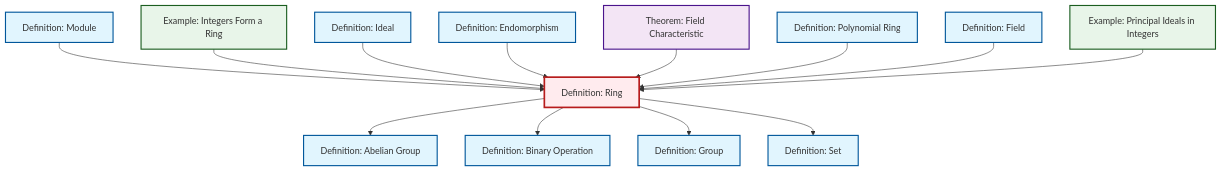
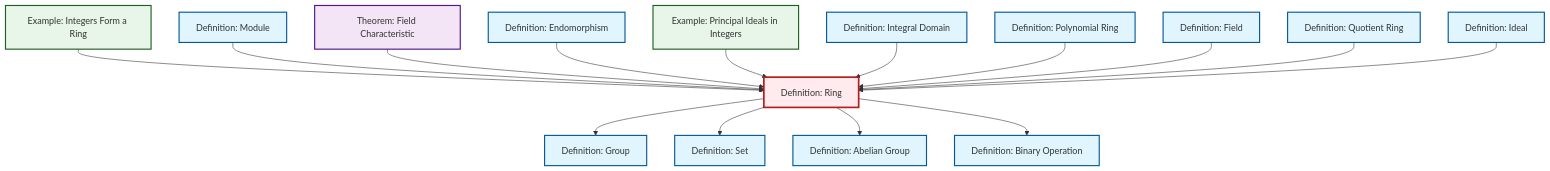
One commit to RK0429/ModernMath changed the diagram in content/ja/algebra/def-ring.qmd. Above: the diagram before and after it, drawn with Mermaid. The commit also changed other lines of this file and 597 other files, not shown here.

````diff
--- a/content/ja/algebra/def-ring.qmd
+++ b/content/ja/algebra/def-ring.qmd
@@ -62,47 +62,53 @@
 ```{mermaid}
 %%| fig-cap: "Local dependency graph"
 graph TD
     classDef definition fill:#e1f5fe,stroke:#01579b,stroke-width:2px
     classDef theorem fill:#f3e5f5,stroke:#4a148c,stroke-width:2px
     classDef axiom fill:#fff3e0,stroke:#e65100,stroke-width:2px
     classDef example fill:#e8f5e9,stroke:#1b5e20,stroke-width:2px
     classDef current fill:#ffebee,stroke:#b71c1c,stroke-width:3px
-    def-module["Definition: Module"]:::definition
-    def-binary-operation["Definition: Binary Operation"]:::definition
-    def-ring["Definition: Ring"]:::definition
+    def-integral-domain["Definition: Integral Domain"]:::definition
     thm-field-characteristic["Theorem: Field Characteristic"]:::theorem
     def-polynomial-ring["Definition: Polynomial Ring"]:::definition
     def-ideal["Definition: Ideal"]:::definition
+    def-module["Definition: Module"]:::definition
+    ex-principal-ideal["Example: Principal Ideals in Integers"]:::example
+    def-quotient-ring["Definition: Quotient Ring"]:::definition
+    def-set["Definition: Set"]:::definition
+    def-endomorphism["Definition: Endomorphism"]:::definition
+    def-ring["Definition: Ring"]:::definition
+    def-field["Definition: Field"]:::definition
     def-abelian-group["Definition: Abelian Group"]:::definition
-    def-endomorphism["Definition: Endomorphism"]:::definition
-    ex-principal-ideal["Example: Principal Ideals in Integers"]:::example
+    ex-integers-ring["Example: Integers Form a Ring"]:::example
     def-group["Definition: Group"]:::definition
-    def-set["Definition: Set"]:::definition
-    ex-integers-ring["Example: Integers Form a Ring"]:::example
-    def-field["Definition: Field"]:::definition
+    def-binary-operation["Definition: Binary Operation"]:::definition
+    def-ring --> def-group
+    ex-integers-ring --> def-ring
+    def-module --> def-ring
+    def-ring --> def-set
+    thm-field-characteristic --> def-ring
+    def-endomorphism --> def-ring
+    ex-principal-ideal --> def-ring
     def-ring --> def-abelian-group
-    def-module --> def-ring
-    ex-integers-ring --> def-ring
+    def-ring --> def-binary-operation
+    def-integral-domain --> def-ring
+    def-polynomial-ring --> def-ring
+    def-field --> def-ring
+    def-quotient-ring --> def-ring
     def-ideal --> def-ring
-    def-endomorphism --> def-ring
-    thm-field-characteristic --> def-ring
-    def-polynomial-ring --> def-ring
-    def-ring --> def-binary-operation
-    def-field --> def-ring
-    def-ring --> def-group
-    ex-principal-ideal --> def-ring
-    def-ring --> def-set
     class def-ring current
-    click def-module "def-module.html" "Definition: Moduleへ"
-    click def-binary-operation "def-binary-operation.html" "Definition: Binary Operationへ"
+    click def-integral-domain "def-integral-domain.html" "Definition: Integral Domainへ"
     click thm-field-characteristic "thm-field-characteristic.html" "Theorem: Field Characteristicへ"
     click def-polynomial-ring "def-polynomial-ring.html" "Definition: Polynomial Ringへ"
     click def-ideal "def-ideal.html" "Definition: Idealへ"
+    click def-module "def-module.html" "Definition: Moduleへ"
+    click ex-principal-ideal "ex-principal-ideal.html" "Example: Principal Ideals in Integersへ"
+    click def-quotient-ring "def-quotient-ring.html" "Definition: Quotient Ringへ"
+    click def-set "def-set.html" "Definition: Setへ"
+    click def-endomorphism "def-endomorphism.html" "Definition: Endomorphismへ"
+    click def-field "def-field.html" "Definition: Fieldへ"
     click def-abelian-group "def-abelian-group.html" "Definition: Abelian Groupへ"
-    click def-endomorphism "def-endomorphism.html" "Definition: Endomorphismへ"
-    click ex-principal-ideal "ex-principal-ideal.html" "Example: Principal Ideals in Integersへ"
+    click ex-integers-ring "ex-integers-ring.html" "Example: Integers Form a Ringへ"
     click def-group "def-group.html" "Definition: Groupへ"
-    click def-set "def-set.html" "Definition: Setへ"
-    click ex-integers-ring "ex-integers-ring.html" "Example: Integers Form a Ringへ"
-    click def-field "def-field.html" "Definition: Fieldへ"
+    click def-binary-operation "def-binary-operation.html" "Definition: Binary Operationへ"
 ```
````
